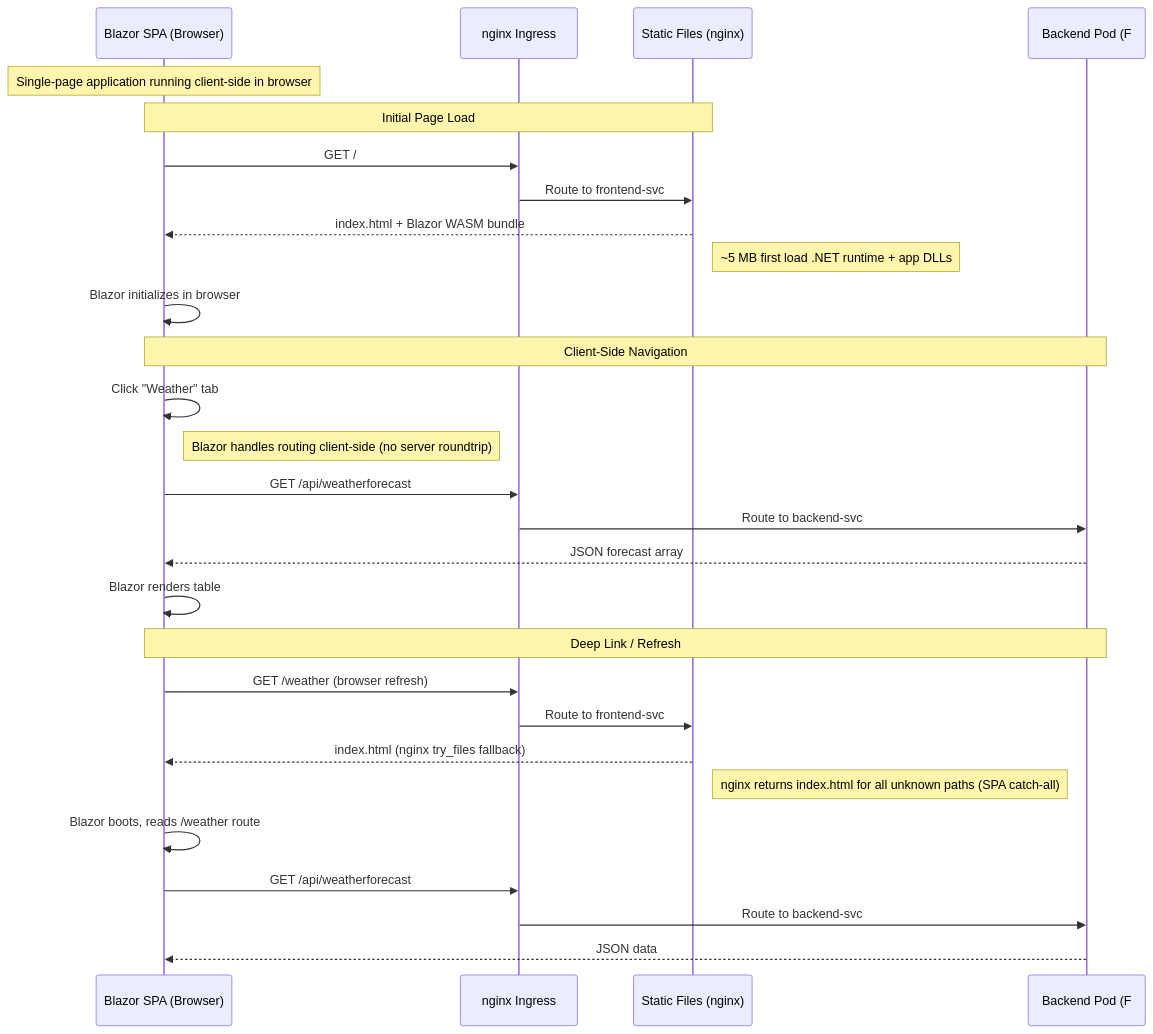
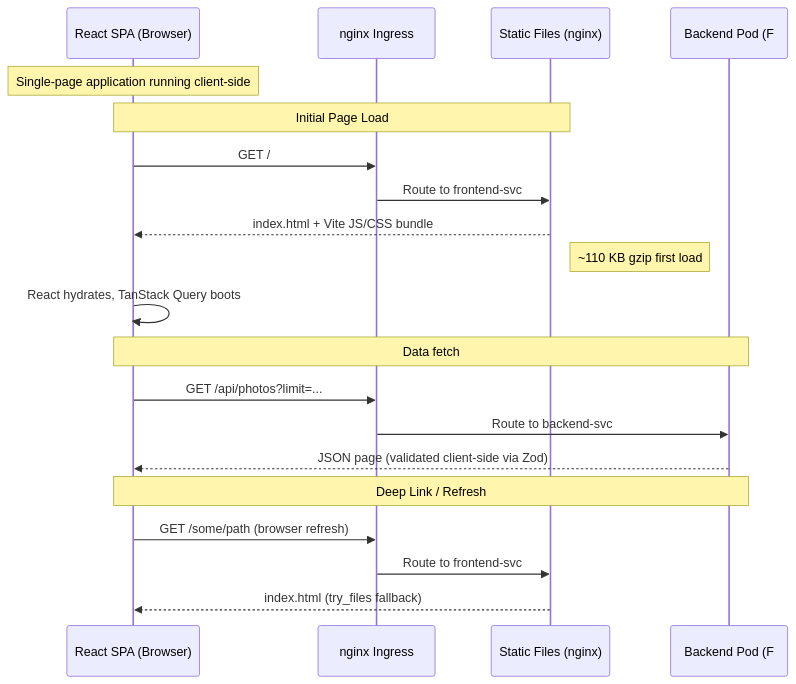
One commit to jagasafari/longevity changed the second of 3 diagrams in docs/02-services.md. Above: the diagram before and after it, drawn with Mermaid. The commit also changed other lines of this file and 10 other files, not shown here.

First line of the commit message:
docs: update frontend references from Blazor WASM to React + TypeScript

````diff
--- a/docs/02-services.md
+++ b/docs/02-services.md
@@ -62,37 +74,27 @@
 ```mermaid
 sequenceDiagram
-    participant SPA as Blazor SPA (Browser)
+    participant SPA as React SPA (Browser)
     participant Ingress as nginx Ingress
     participant Files as Static Files (nginx)
     participant BE as Backend Pod (F# API)
 
-    Note over SPA: Single-page application running client-side in browser
+    Note over SPA: Single-page application running client-side
 
     Note over SPA,Files: Initial Page Load
 
     SPA->>Ingress: GET /
     Ingress->>Files: Route to frontend-svc
-    Files-->>SPA: index.html + Blazor WASM bundle
-    Note right of Files: ~5 MB first load .NET runtime + app DLLs
-    SPA->>SPA: Blazor initializes in browser
+    Files-->>SPA: index.html + Vite JS/CSS bundle
+    Note right of Files: ~110 KB gzip first load
+    SPA->>SPA: React hydrates, TanStack Query boots
 
-    Note over SPA,BE: Client-Side Navigation
-
-    SPA->>SPA: Click "Weather" tab
-    Note right of SPA: Blazor handles routing client-side (no server roundtrip)
-    SPA->>Ingress: GET /api/weatherforecast
+    Note over SPA,BE: Data fetch
+    SPA->>Ingress: GET /api/photos?limit=...
     Ingress->>BE: Route to backend-svc
-    BE-->>SPA: JSON forecast array
-    SPA->>SPA: Blazor renders table
+    BE-->>SPA: JSON page (validated client-side via Zod)
 
     Note over SPA,BE: Deep Link / Refresh
-
-    SPA->>Ingress: GET /weather (browser refresh)
+    SPA->>Ingress: GET /some/path (browser refresh)
     Ingress->>Files: Route to frontend-svc
-    Files-->>SPA: index.html (nginx try_files fallback)
-    Note right of Files: nginx returns index.html for all unknown paths (SPA catch-all)
-    SPA->>SPA: Blazor boots, reads /weather route
-    SPA->>Ingress: GET /api/weatherforecast
-    Ingress->>BE: Route to backend-svc
-    BE-->>SPA: JSON data
+    Files-->>SPA: index.html (try_files fallback)
 ```
````
